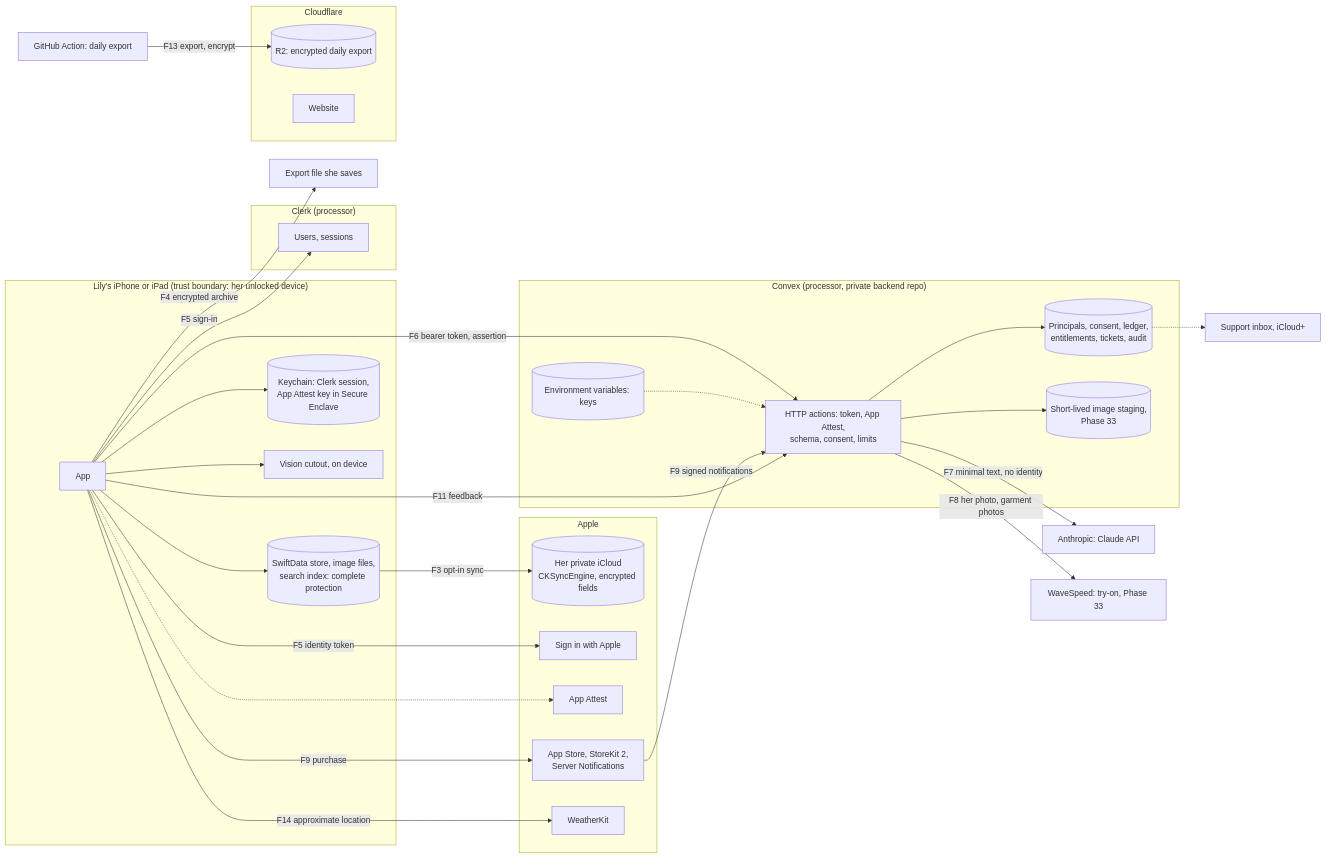
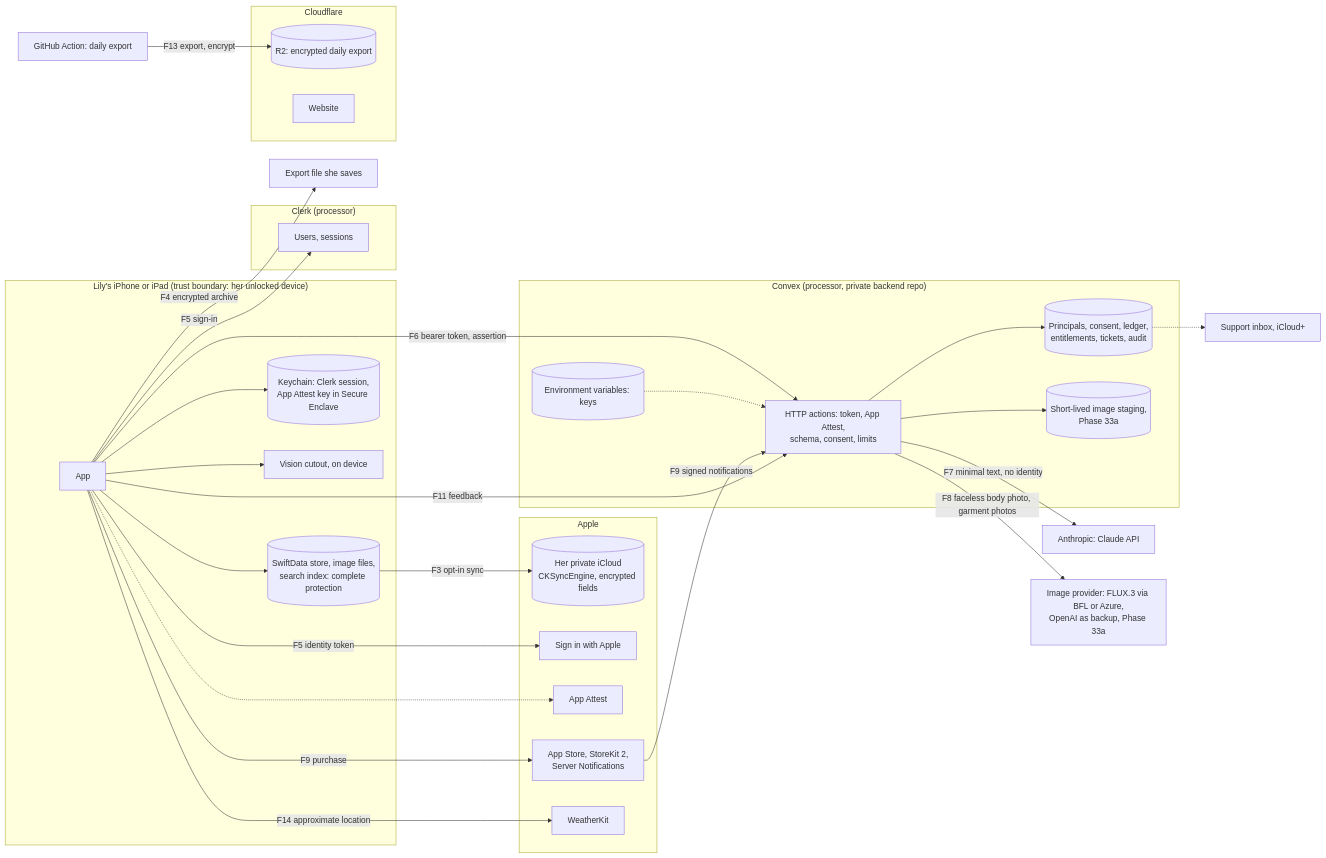
The diagram in THREAT_MODEL.md (jsayram/closet), drawn with Mermaid before and after one commit. The commit also changed other lines of this file and 4 other files, not shown here.

First line of the commit message:
Try-on: FLUX.3 with the face kept on the phone (D1)

````diff
--- a/THREAT_MODEL.md
+++ b/THREAT_MODEL.md
@@ -125,55 +125,55 @@
 ```mermaid
 flowchart LR
     subgraph Device["Lily's iPhone or iPad (trust boundary: her unlocked device)"]
         App["App"]
         Store[("SwiftData store, image files,<br/>search index: complete protection")]
         KC[("Keychain: Clerk session,<br/>App Attest key in Secure Enclave")]
         Vision["Vision cutout, on device"]
     end
     subgraph Apple["Apple"]
         CK[("Her private iCloud<br/>CKSyncEngine, encrypted fields")]
         SIWA["Sign in with Apple"]
         AA["App Attest"]
         SK["App Store, StoreKit 2,<br/>Server Notifications"]
         WK["WeatherKit"]
     end
     subgraph ClerkB["Clerk (processor)"]
         Clerk["Users, sessions"]
     end
     subgraph ConvexB["Convex (processor, private backend repo)"]
         HTTP["HTTP actions: token, App Attest,<br/>schema, consent, limits"]
         DB[("Principals, consent, ledger,<br/>entitlements, tickets, audit")]
         Env[("Environment variables: keys")]
-        Stage[("Short-lived image staging,<br/>Phase 33")]
+        Stage[("Short-lived image staging,<br/>Phase 33a")]
     end
     Anthropic["Anthropic: Claude API"]
-    WS["WaveSpeed: try-on, Phase 33"]
+    WS["Image provider: FLUX.3 via BFL or Azure,<br/>OpenAI as backup, Phase 33a"]
     subgraph CF["Cloudflare"]
         R2[("R2: encrypted daily export")]
         Site["Website"]
     end
     GH["GitHub Action: daily export"]
     Mail["Support inbox, iCloud+"]
     Out["Export file she saves"]
 
     App --> Store
     App --> KC
     App --> Vision
     Store -- "F3 opt-in sync" --> CK
     App -- "F4 encrypted archive" --> Out
     App -- "F5 identity token" --> SIWA
     App -- "F5 sign-in" --> Clerk
     App -- "F6 bearer token, assertion" --> HTTP
     App -.-> AA
     HTTP --> DB
     Env -.-> HTTP
     HTTP -- "F7 minimal text, no identity" --> Anthropic
-    HTTP -- "F8 her photo, garment photos" --> WS
+    HTTP -- "F8 faceless body photo, garment photos" --> WS
     HTTP --> Stage
     App -- "F9 purchase" --> SK
     SK -- "F9 signed notifications" --> HTTP
     App -- "F11 feedback" --> HTTP
     DB -.-> Mail
     GH -- "F13 export, encrypt" --> R2
     App -- "F14 approximate location" --> WK
 ```
````
